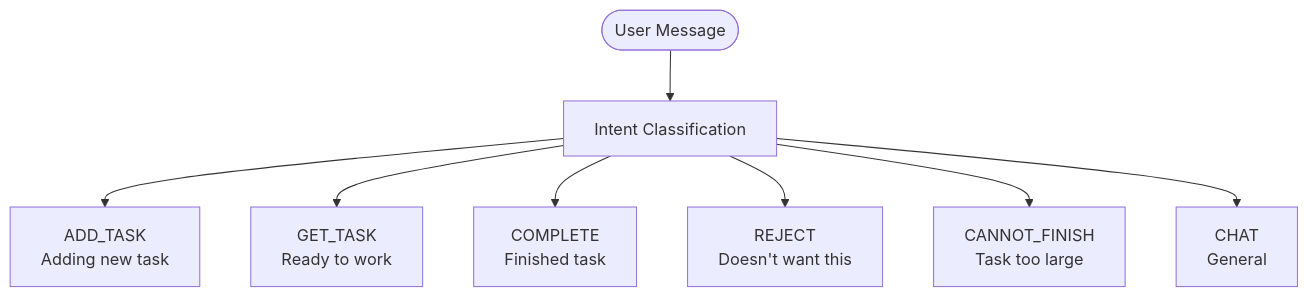
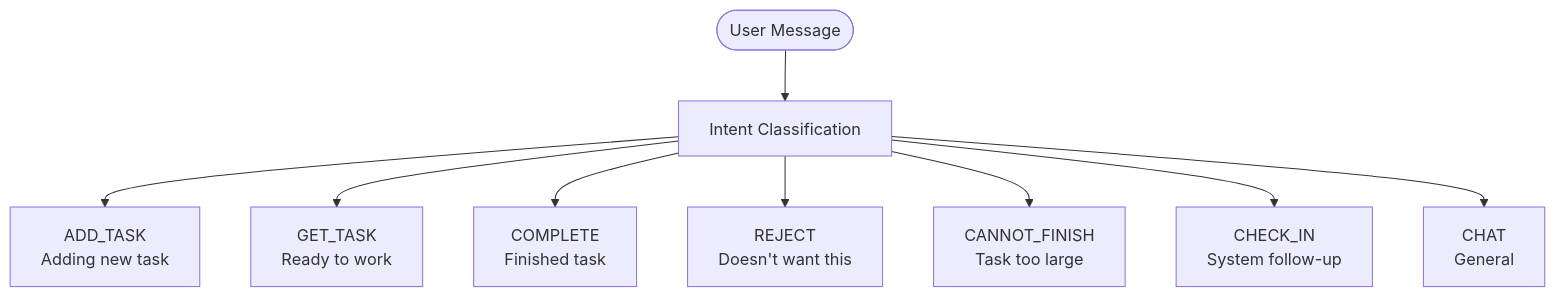
One commit to NickBorgers/hide-my-list changed the second of 22 diagrams in docs/ai-prompts.md. Above: the diagram before and after it, drawn with Mermaid. The commit also changed other lines of this file and 3 other files, not shown here.

First line of the commit message:
Add check-in follow-up feature documentation

````diff
--- a/docs/ai-prompts.md
+++ b/docs/ai-prompts.md
@@ -66,11 +66,12 @@
 ```mermaid
 flowchart TD
     Input([User Message]) --> Classify[Intent Classification]
 
     Classify --> ADD["ADD_TASK<br/>Adding new task"]
     Classify --> GET["GET_TASK<br/>Ready to work"]
     Classify --> DONE["COMPLETE<br/>Finished task"]
     Classify --> NOPE["REJECT<br/>Doesn't want this"]
     Classify --> CANT["CANNOT_FINISH<br/>Task too large"]
+    Classify --> CHECKIN["CHECK_IN<br/>System follow-up"]
     Classify --> CHAT["CHAT<br/>General"]
 ```
````
